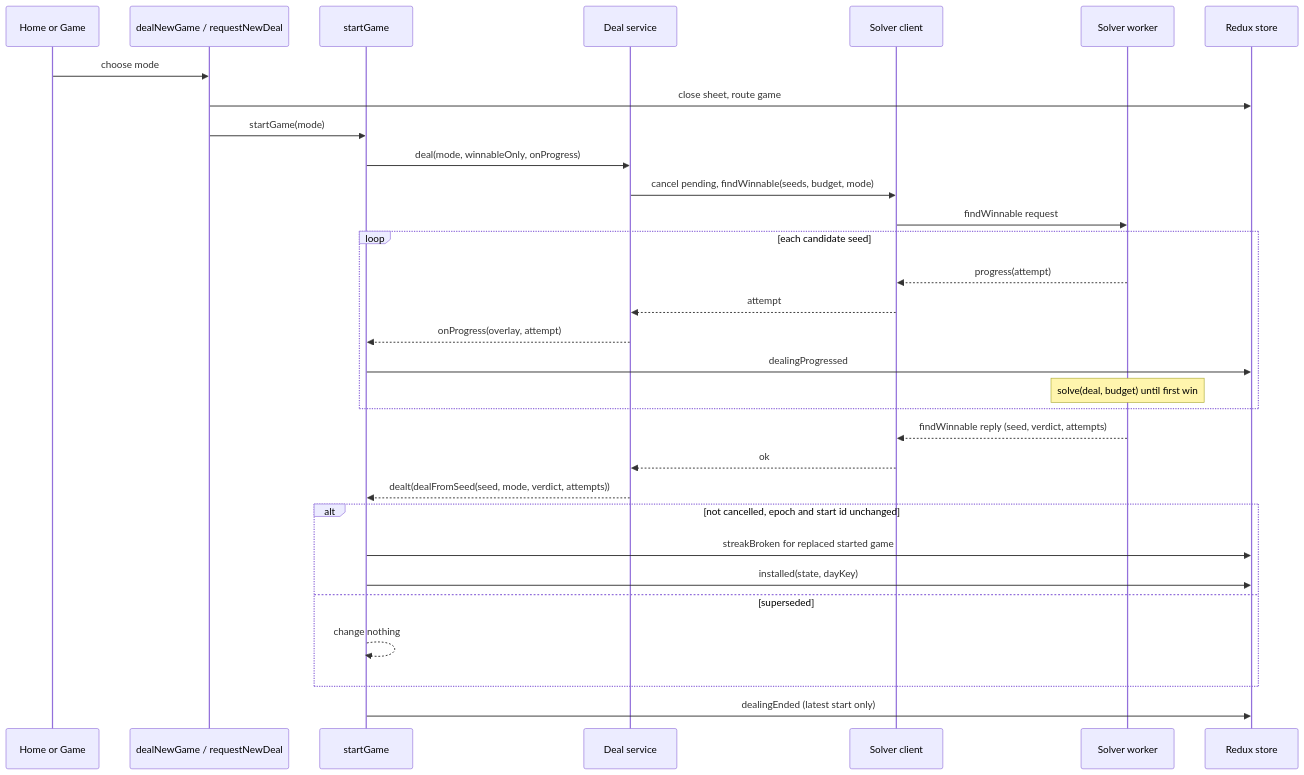
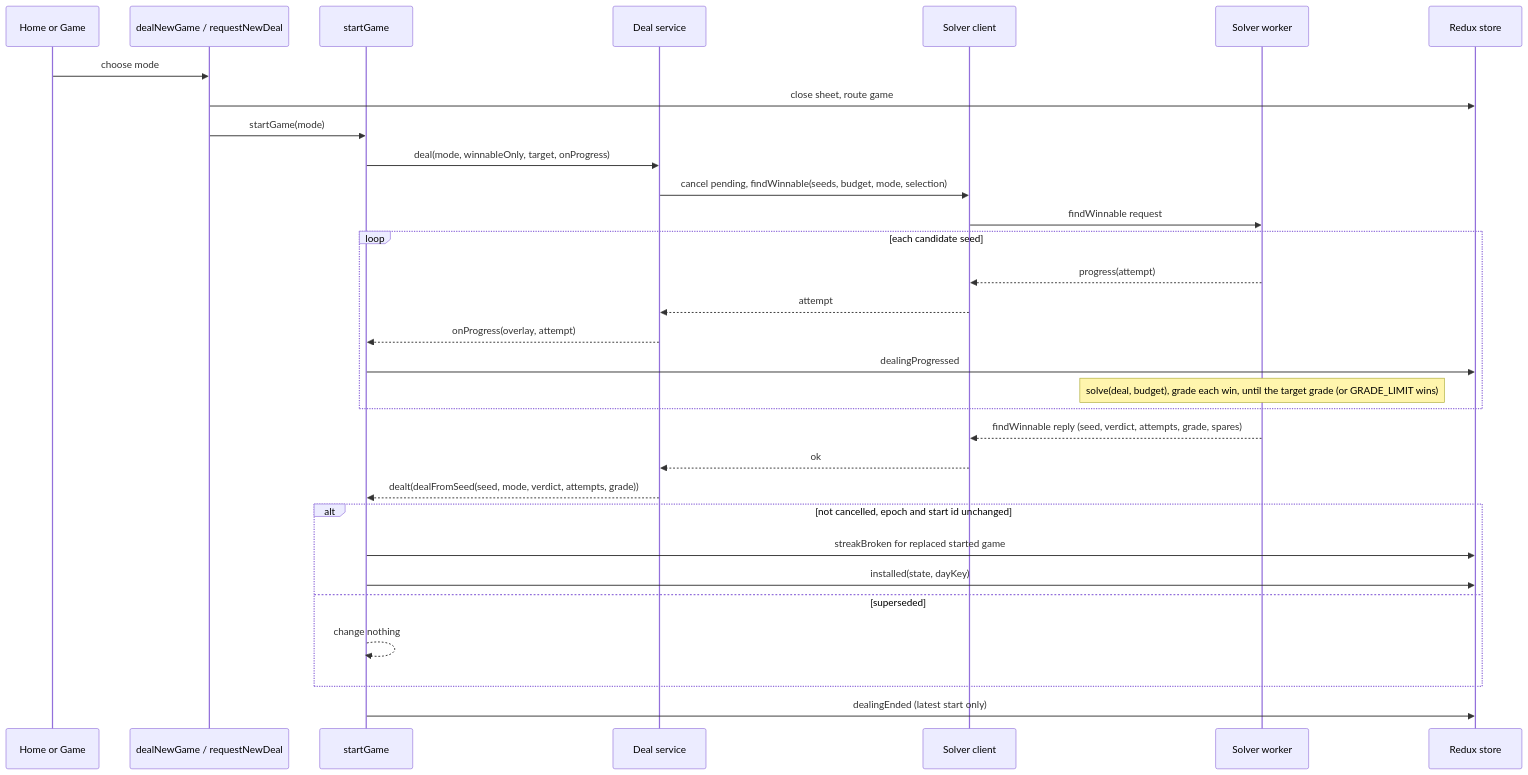
The second of 5 diagrams in docs/architecture/data-flows.md (sanyokkua/solitaire), drawn with Mermaid before and after one commit. The commit also changed other lines of this file and 14 other files, not shown here.

Commit message:
feat: verified deals in every mode with a requested grade

````diff
--- a/docs/architecture/data-flows.md
+++ b/docs/architecture/data-flows.md
@@ -63,34 +65,34 @@
 ```mermaid
 sequenceDiagram
     participant UI as Home or Game
     participant Nav as dealNewGame / requestNewDeal
     participant Start as startGame
     participant Svc as Deal service
     participant Client as Solver client
     participant W as Solver worker
     participant Store as Redux store
 
     UI->>Nav: choose mode
     Nav->>Store: close sheet, route game
     Nav->>Start: startGame(mode)
-    Start->>Svc: deal(mode, winnableOnly, onProgress)
-    Svc->>Client: cancel pending, findWinnable(seeds, budget, mode)
+    Start->>Svc: deal(mode, winnableOnly, target, onProgress)
+    Svc->>Client: cancel pending, findWinnable(seeds, budget, mode, selection)
     Client->>W: findWinnable request
     loop each candidate seed
         W-->>Client: progress(attempt)
         Client-->>Svc: attempt
         Svc-->>Start: onProgress(overlay, attempt)
         Start->>Store: dealingProgressed
-        Note over W: solve(deal, budget) until first win
+        Note over W: solve(deal, budget), grade each win, until the target grade (or GRADE_LIMIT wins)
     end
-    W-->>Client: findWinnable reply (seed, verdict, attempts)
+    W-->>Client: findWinnable reply (seed, verdict, attempts, grade, spares)
     Client-->>Svc: ok
-    Svc-->>Start: dealt(dealFromSeed(seed, mode, verdict, attempts))
+    Svc-->>Start: dealt(dealFromSeed(seed, mode, verdict, attempts, grade))
     alt not cancelled, epoch and start id unchanged
         Start->>Store: streakBroken for replaced started game
         Start->>Store: installed(state, dayKey)
     else superseded
         Start-->>Start: change nothing
     end
     Start->>Store: dealingEnded (latest start only)
 ```
````
